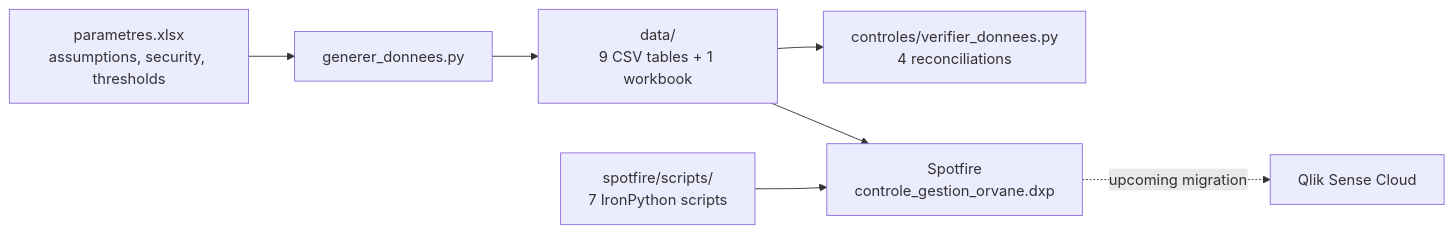
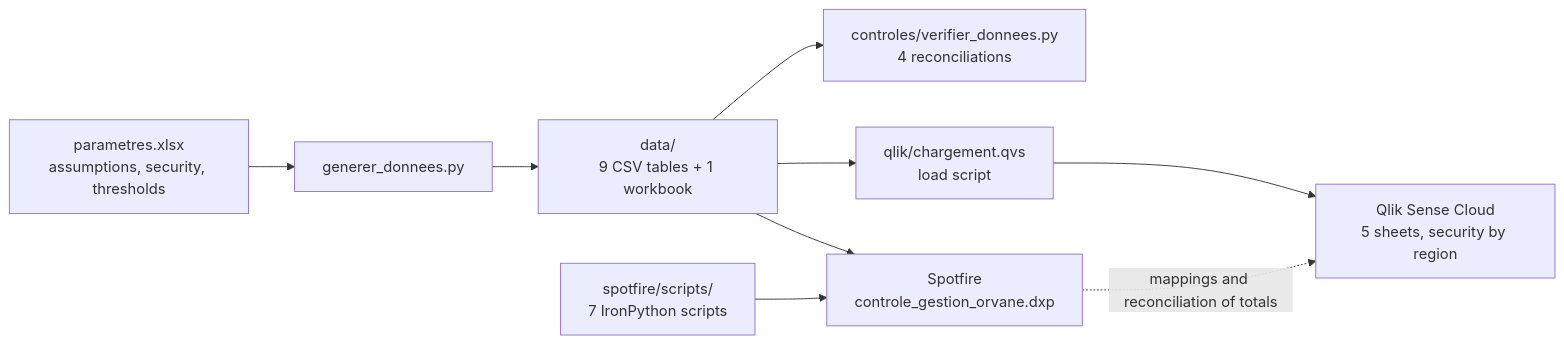
One commit to cnanaj-wq/migration-spotfire-qlik-sense changed the first of 2 diagrams in README.en.md. Above: the diagram before and after it, drawn with Mermaid. The commit also changed other lines of this file and 50 other files, not shown here.

First line of the commit message:
Qlik : cinq feuilles générées par script, sécurité par région, captures et README

````diff
--- a/README.en.md
+++ b/README.en.md
@@ -127,9 +168,11 @@
 ```mermaid
 flowchart LR
   P[parametres.xlsx<br/>assumptions, security, thresholds] --> G[generer_donnees.py]
   G --> D[data/<br/>9 CSV tables + 1 workbook]
   D --> C[controles/verifier_donnees.py<br/>4 reconciliations]
   D --> S[Spotfire<br/>controle_gestion_orvane.dxp]
   I[spotfire/scripts/<br/>7 IronPython scripts] --> S
-  S -. upcoming migration .-> Q[Qlik Sense Cloud]
+  D --> L[qlik/chargement.qvs<br/>load script]
+  L --> Q[Qlik Sense Cloud<br/>5 sheets, security by region]
+  S -. mappings and reconciliation of totals .-> Q
 ```
````
